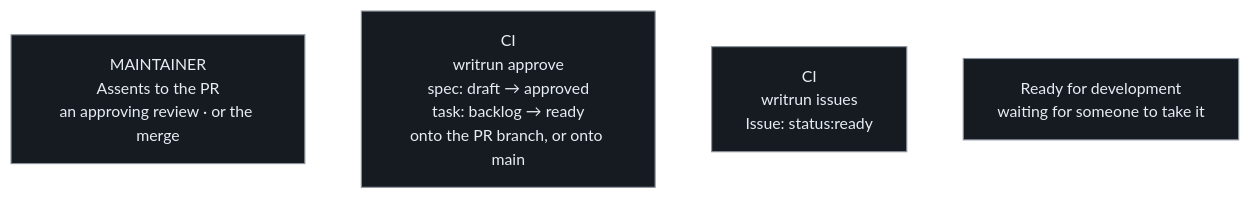
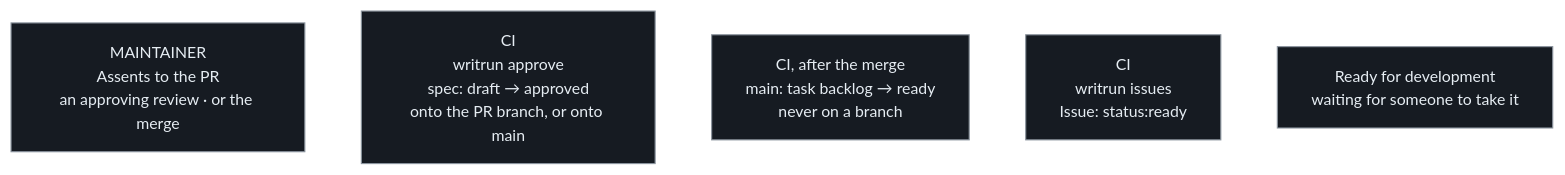
The diagram in docs/product/pull-requests/approval.md (thomasfranke/writrun), drawn with Mermaid before and after one commit. The commit also changed 9 other files, not shown here.

````diff
--- a/docs/product/pull-requests/approval.md
+++ b/docs/product/pull-requests/approval.md
@@ -17,9 +17,10 @@
 ```mermaid
 %%{init: {'theme':'base','themeVariables':{'background':'#0d1117','primaryColor':'#161b22','primaryTextColor':'#e6edf3','primaryBorderColor':'#8b949e','lineColor':'#ffffff','secondaryColor':'#161b22','tertiaryColor':'#161b22','fontSize':'14px'}}}%%
 flowchart LR
     A["MAINTAINER<br/>Assents to the PR<br/>an approving review · or the merge"]
-    B["CI<br/>writrun approve<br/>spec: draft → approved<br/>task: backlog → ready<br/>onto the PR branch, or onto main"]
+    B["CI<br/>writrun approve<br/>spec: draft → approved<br/>onto the PR branch, or onto main"]
+    C["CI, after the merge<br/>main: task backlog → ready<br/>never on a branch"]
     D["CI<br/>writrun issues<br/>Issue: status:ready"]
     E["Ready for development<br/>waiting for someone to take it"]
-    A --> B --> D --> E
+    A --> B --> C --> D --> E
 ```
````
